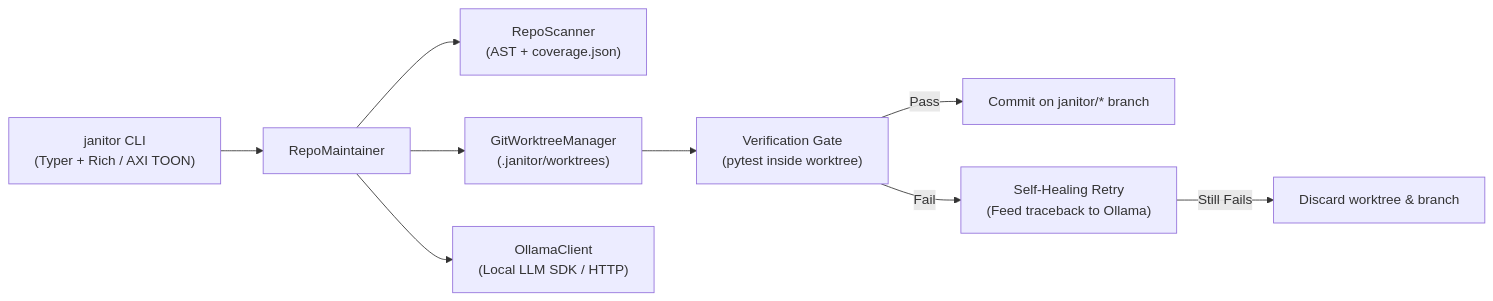
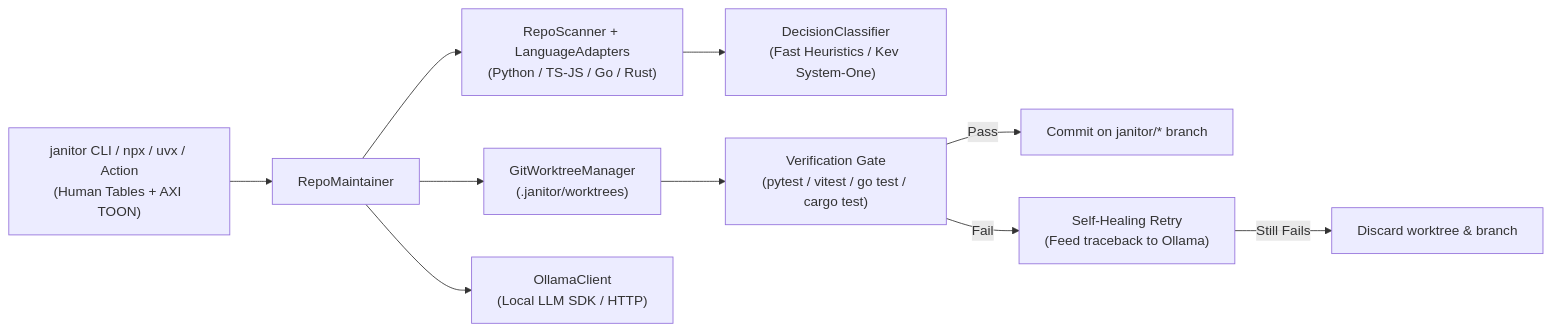
The diagram in README.md (iamnottheone99/repo-janitor), drawn with Mermaid before and after one commit. The commit also changed other lines of this file and 20 other files, not shown here.

Commit message:
feat: complete multi-language tri-bucket hygiene auditor, action.yml, and documentation

````diff
--- a/README.md
+++ b/README.md
@@ -9,11 +16,12 @@
 ```mermaid
 flowchart LR
-    CLI["janitor CLI\n(Typer + Rich / AXI TOON)"] --> Maintainer["RepoMaintainer"]
-    Maintainer --> Scanner["RepoScanner\n(AST + coverage.json)"]
+    CLI["janitor CLI / npx / uvx / Action\n(Human Tables + AXI TOON)"] --> Maintainer["RepoMaintainer"]
+    Maintainer --> Scanner["RepoScanner + LanguageAdapters\n(Python / TS-JS / Go / Rust)"]
+    Scanner --> Classifier["DecisionClassifier\n(Fast Heuristics / Kev System-One)"]
     Maintainer --> Worktree["GitWorktreeManager\n(.janitor/worktrees)"]
     Maintainer --> Ollama["OllamaClient\n(Local LLM SDK / HTTP)"]
-    Worktree --> Pytest["Verification Gate\n(pytest inside worktree)"]
-    Pytest -->|Pass| Commit["Commit on janitor/* branch"]
-    Pytest -->|Fail| Retry["Self-Healing Retry\n(Feed traceback to Ollama)"]
+    Worktree --> Runner["Verification Gate\n(pytest / vitest / go test / cargo test)"]
+    Runner -->|Pass| Commit["Commit on janitor/* branch"]
+    Runner -->|Fail| Retry["Self-Healing Retry\n(Feed traceback to Ollama)"]
     Retry -->|Still Fails| Rollback["Discard worktree & branch"]
 ```
````
